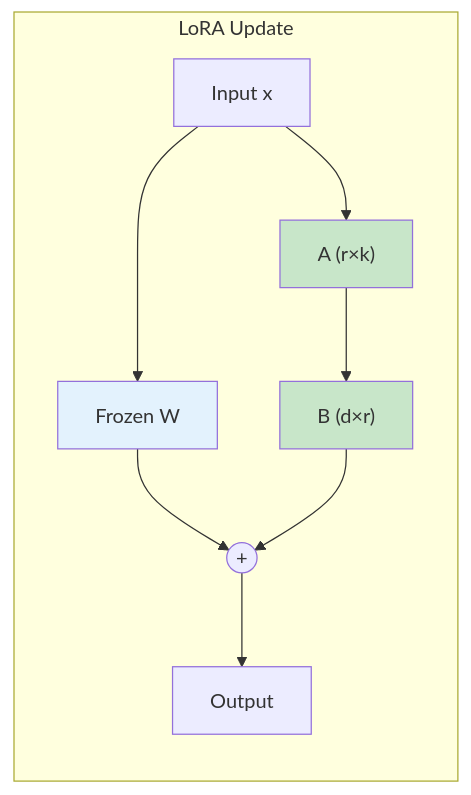
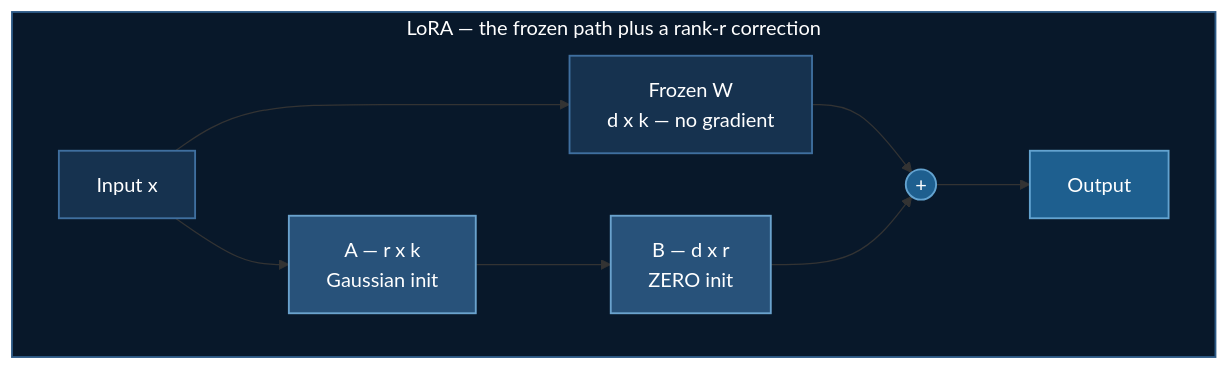
One commit to yiqiao-yin/deepspeed-course changed the fourth of 5 diagrams in docusaurus-docs/docs/tutorials/huggingface/grpo-training.md. Above: the diagram before and after it, drawn with Mermaid. The commit also changed other lines of this file and 12 other files, not shown here.

````diff
--- a/docusaurus-docs/docs/tutorials/huggingface/grpo-training.md
+++ b/docusaurus-docs/docs/tutorials/huggingface/grpo-training.md
@@ -587,15 +474,25 @@
 ```mermaid
-graph LR
-    subgraph "LoRA Update"
-        X["Input x"] --> W["Frozen W"]
-        X --> A["A (r×k)"]
-        A --> B["B (d×r)"]
-        W --> ADD((+))
-        B --> ADD
-        ADD --> Y["Output"]
+flowchart LR
+    subgraph LORA["LoRA — the frozen path plus a rank-r correction"]
+        direction LR
+        X["Input x"]
+        W["Frozen W<br/>d x k — no gradient"]
+        A["A — r x k<br/>Gaussian init"]
+        B["B — d x r<br/>ZERO init"]
+        ADD(("+"))
+        Y["Output"]
     end
 
-    style W fill:#e3f2fd
-    style A fill:#c8e6c9
-    style B fill:#c8e6c9
+    X --> W --> ADD
+    X --> A --> B --> ADD
+    ADD --> Y
+
+    classDef deep fill:#08182a,stroke:#2d5a86,stroke-width:1.5px,color:#ffffff
+    classDef base fill:#16324f,stroke:#3f6f9f,stroke-width:1.5px,color:#ffffff
+    classDef steel fill:#28527a,stroke:#6aa2cd,stroke-width:1.5px,color:#ffffff
+    classDef bright fill:#1e5f8f,stroke:#63a3d0,stroke-width:1.5px,color:#ffffff
+    class X,W base
+    class A,B steel
+    class ADD,Y bright
+    class LORA deep
 ```
````
